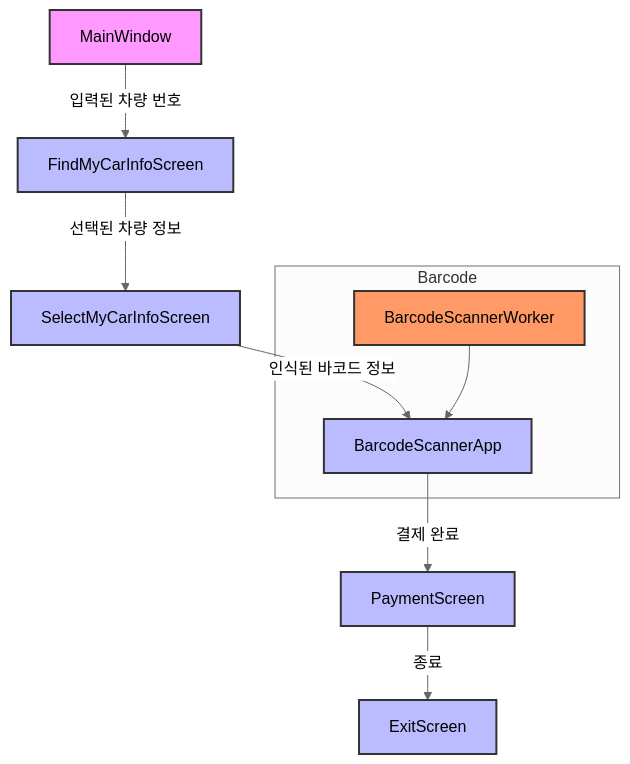
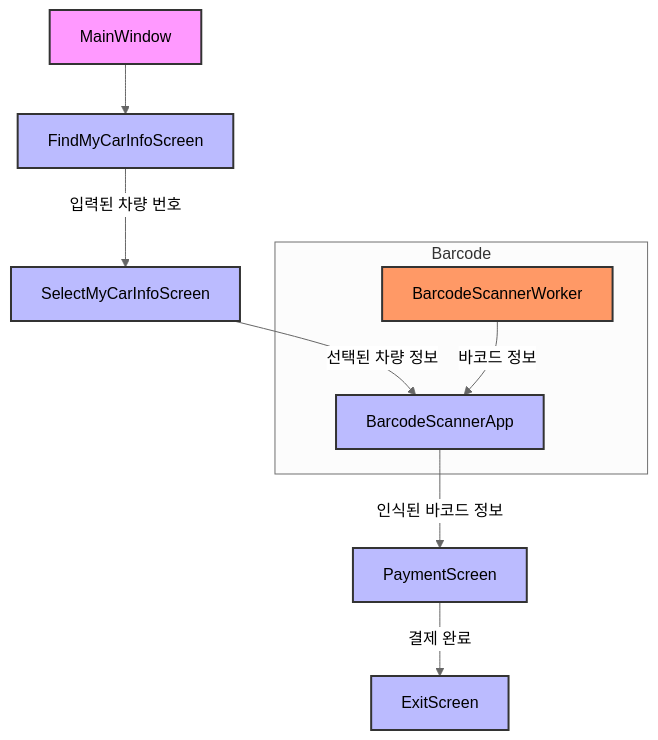
Before and after one commit to GooMinjae/ROKEY_starbucks_parking_payment: the diagram in README.md, drawn with Mermaid (neutral theme).

Commit message:
ui 플로우 수정

````diff
--- a/README.md
+++ b/README.md
@@ -4,20 +4,20 @@
 ```mermaid
 graph TD;
     style A fill:#f9f,stroke:#333,stroke-width:2px,color:#000;
     style B fill:#bbf,stroke:#333,stroke-width:2px,color:#000;
     style C fill:#bbf,stroke:#333,stroke-width:2px,color:#000;
     style D fill:#bbf,stroke:#333,stroke-width:2px,color:#000;
     style E fill:#bbf,stroke:#333,stroke-width:2px,color:#000;
     style F fill:#bbf,stroke:#333,stroke-width:2px,color:#000;
     style H fill:#f96,stroke:#333,stroke-width:2px,color:#000;
 
-    A[MainWindow] -->|입력된 차량 번호| B[FindMyCarInfoScreen]
-    B -->|선택된 차량 정보| C[SelectMyCarInfoScreen]
-    C -->|인식된 바코드 정보| D[BarcodeScannerApp]
-    D -->|결제 완료| E[PaymentScreen]
-    E -->|종료| F[ExitScreen]
+    A[MainWindow] --> B[FindMyCarInfoScreen]
+    B -->|입력된 차량 번호| C[SelectMyCarInfoScreen]
+    C -->|선택된 차량 정보| D[BarcodeScannerApp]
+    D -->|인식된 바코드 정보| E[PaymentScreen]
+    E -->|결제 완료| F[ExitScreen]
     
     subgraph Barcode
-        H[BarcodeScannerWorker] --> D
+        H[BarcodeScannerWorker] -->|바코드 정보| D
     end
 ```
````
